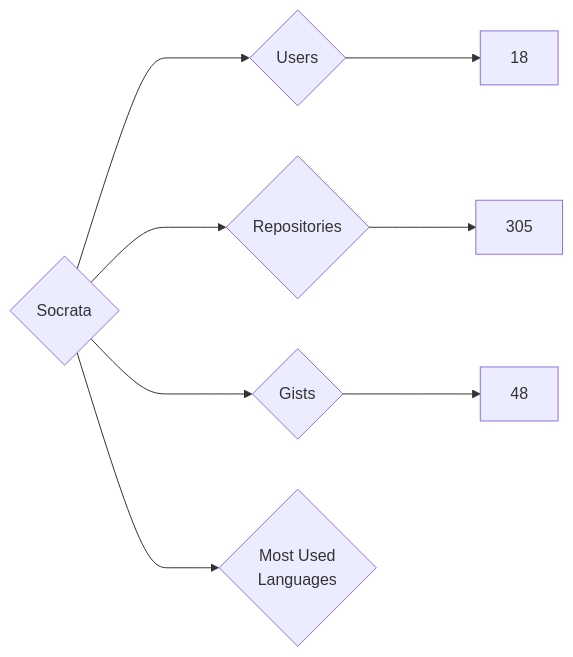
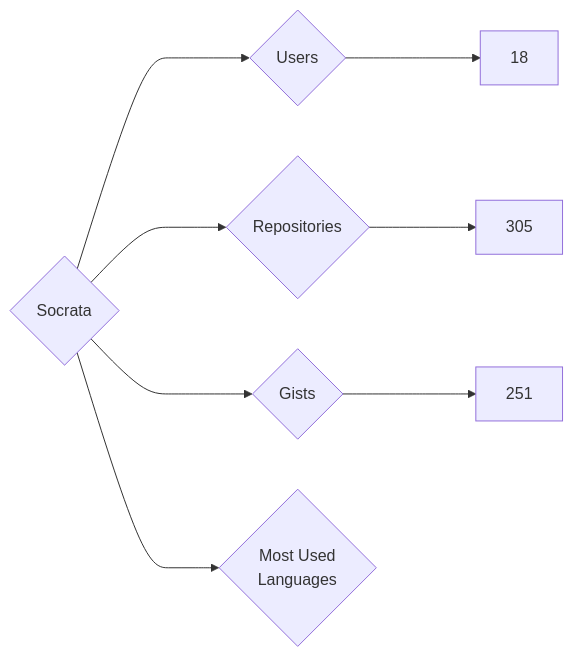
Before and after one commit to nenadzaric/insiders: the diagram in targets/Socrata/README.md, drawn with Mermaid. The commit also changed 1342 other files, not shown here.

````diff
--- a/targets/Socrata/README.md
+++ b/targets/Socrata/README.md
@@ -3,8 +3,8 @@
 ```mermaid
 graph LR
 COMPANY_NAME{Socrata}
 COMPANY_NAME ---> U{Users} ---> UN[18]
 COMPANY_NAME ---> R{Repositories} ---> RN[305]
-COMPANY_NAME ---> G{Gists} ---> GN[48]
+COMPANY_NAME ---> G{Gists} ---> GN[251]
 COMPANY_NAME ---> ML{Most Used<br>Languages}
 ```
````
